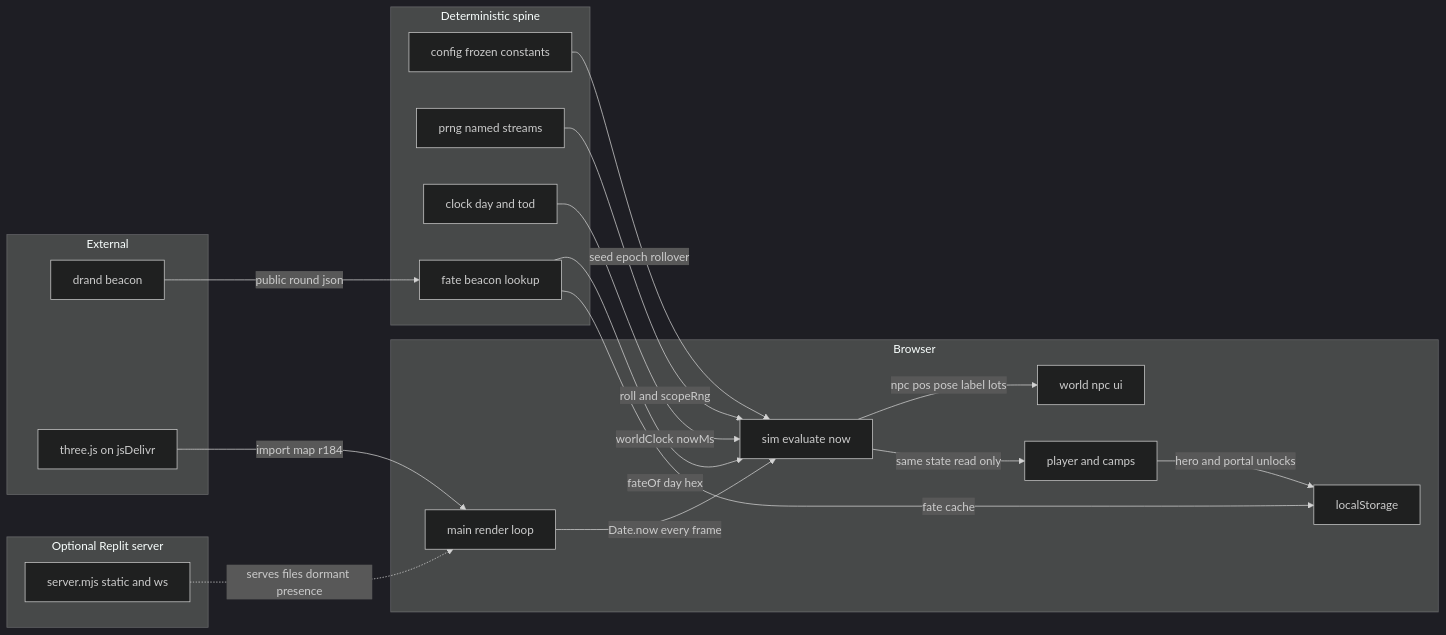
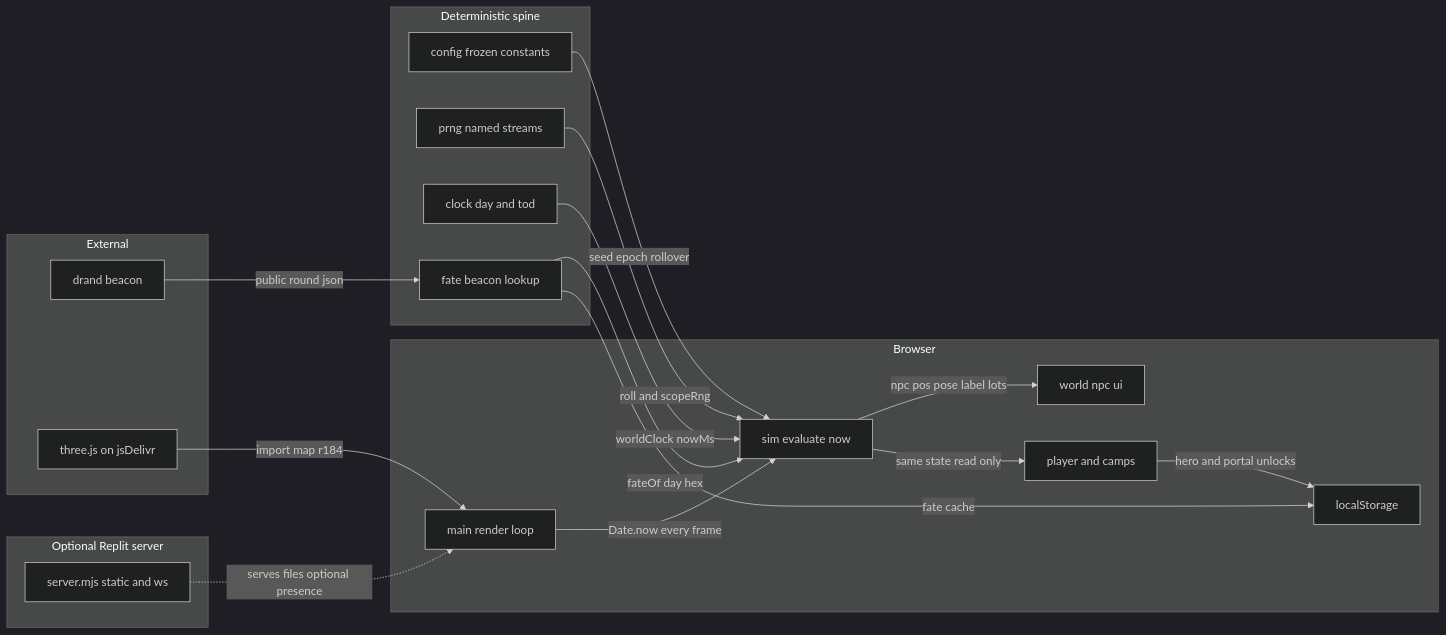
Before and after one commit to anirxdh/portfolio: the diagram in content/diagrams/anirudhs-world-deterministic-village-architecture.mmd, drawn with Mermaid (dark theme). The commit also changed 122 other files, not shown here.

```diff
--- a/content/diagrams/anirudhs-world-deterministic-village-architecture.mmd
+++ b/content/diagrams/anirudhs-world-deterministic-village-architecture.mmd
@@ -1,33 +1,33 @@
 flowchart LR
   subgraph Deterministic spine
     A[config frozen constants]
     B[prng named streams]
     C[clock day and tod]
     D[fate beacon lookup]
   end
   subgraph Browser
     E[sim evaluate now]
     F[main render loop]
     G[world npc ui]
     H[player and camps]
     I[localStorage]
   end
   subgraph External
     J[drand beacon]
     K[three.js on jsDelivr]
   end
   subgraph Optional Replit server
     L[server.mjs static and ws]
   end
   A -->|seed epoch rollover| E
   B -->|roll and scopeRng| E
   C -->|worldClock nowMs| E
   D -->|fateOf day hex| E
   J -->|public round json| D
   D -->|fate cache| I
   F -->|Date.now every frame| E
   E -->|npc pos pose label lots| G
   E -->|same state read only| H
   H -->|hero and portal unlocks| I
   K -->|import map r184| F
-  L -.->|serves files dormant presence| F
+  L -.->|serves files optional presence| F
```
